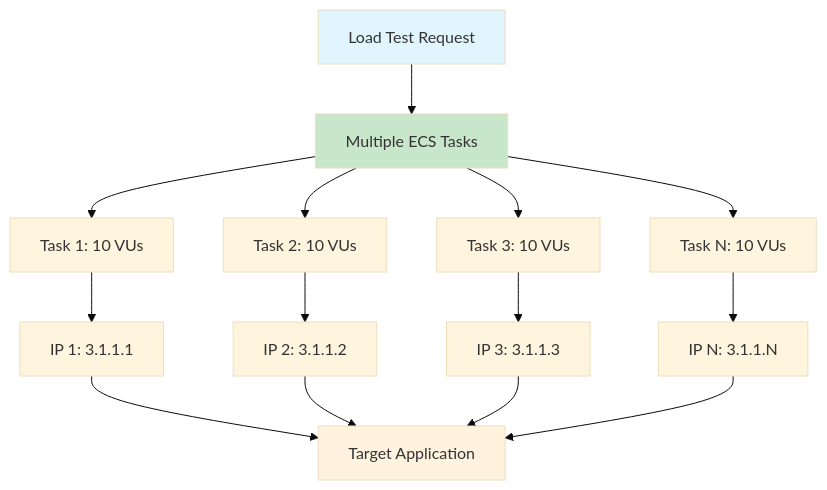
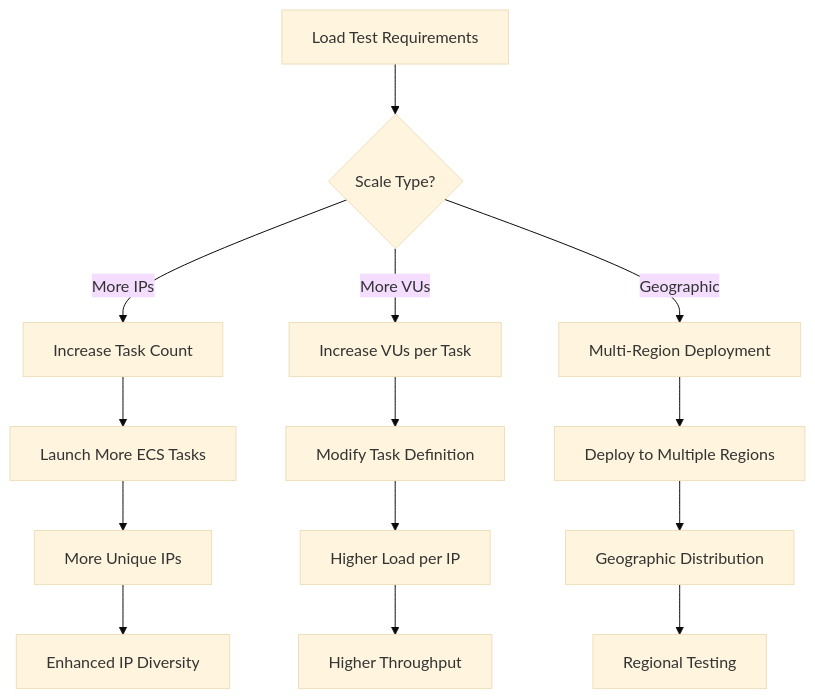
The ninth of 11 diagrams in testing-projects/iploads-with-k6-container/SOLUTION_ARCHITECTURE.md (stprojects3006/aflow-app), drawn with Mermaid (base theme) before and after one commit. The commit also changed other lines of this file and 39 other files, not shown here.

````diff
--- a/testing-projects/iploads-with-k6-container/SOLUTION_ARCHITECTURE.md
+++ b/testing-projects/iploads-with-k6-container/SOLUTION_ARCHITECTURE.md
@@ -479,22 +637,19 @@
 ```mermaid
 flowchart TD
-    A[Load Test Request] --> B[Multiple ECS Tasks]
-    B --> C[Task 1: 10 VUs]
-    B --> D[Task 2: 10 VUs]
-    B --> E[Task 3: 10 VUs]
-    B --> F[Task N: 10 VUs]
+    A[Load Test Requirements] --> B{Scale Type?}
+    B -->|More IPs| C[Increase Task Count]
+    B -->|More VUs| D[Increase VUs per Task]
+    B -->|Geographic| E[Multi-Region Deployment]
     
-    C --> G[IP 1: 3.1.1.1]
-    D --> H[IP 2: 3.1.1.2]
-    E --> I[IP 3: 3.1.1.3]
-    F --> J[IP N: 3.1.1.N]
+    C --> F[Launch More ECS Tasks]
+    D --> G[Modify Task Definition]
+    E --> H[Deploy to Multiple Regions]
     
-    G --> K[Target Application]
-    H --> K
-    I --> K
-    J --> K
+    F --> I[More Unique IPs]
+    G --> J[Higher Load per IP]
+    H --> K[Geographic Distribution]
     
-    style A fill:#e1f5fe
-    style K fill:#fff3e0
-    style B fill:#c8e6c9
+    I --> L[Enhanced IP Diversity]
+    J --> M[Higher Throughput]
+    K --> N[Regional Testing]
 ```
````
